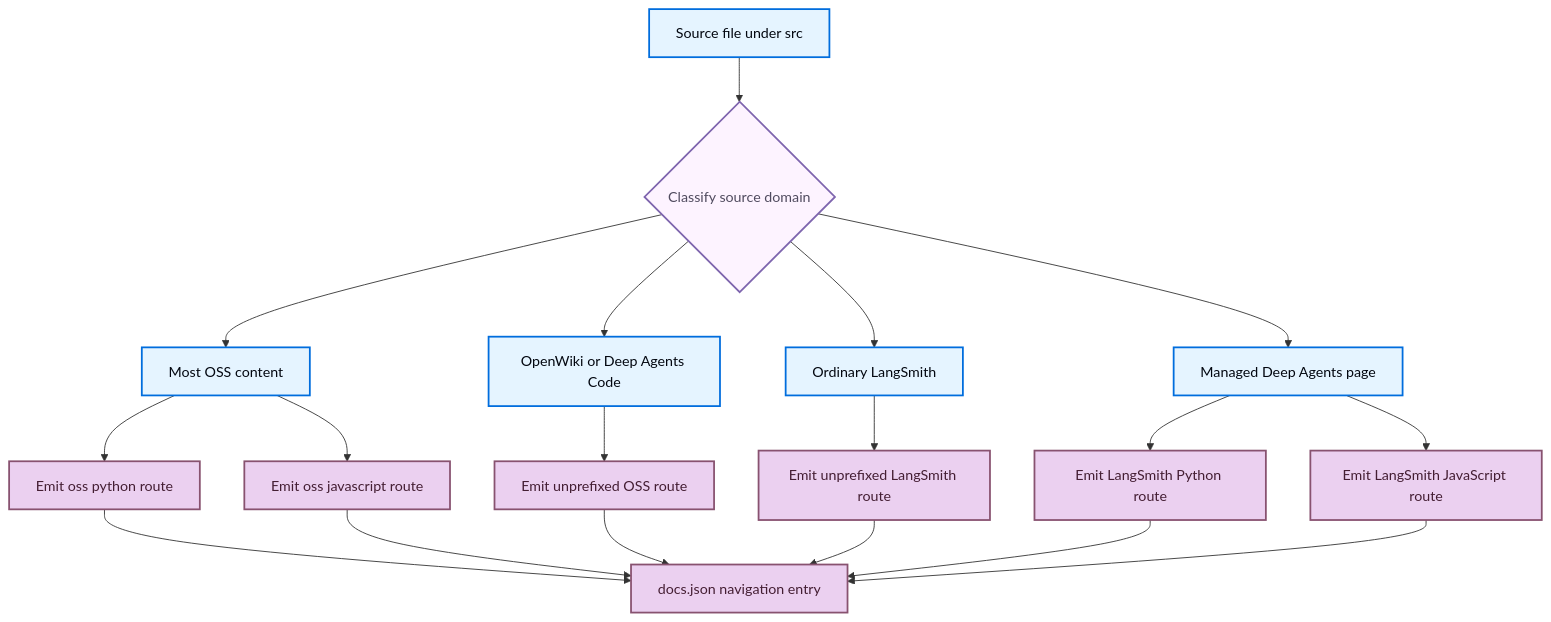
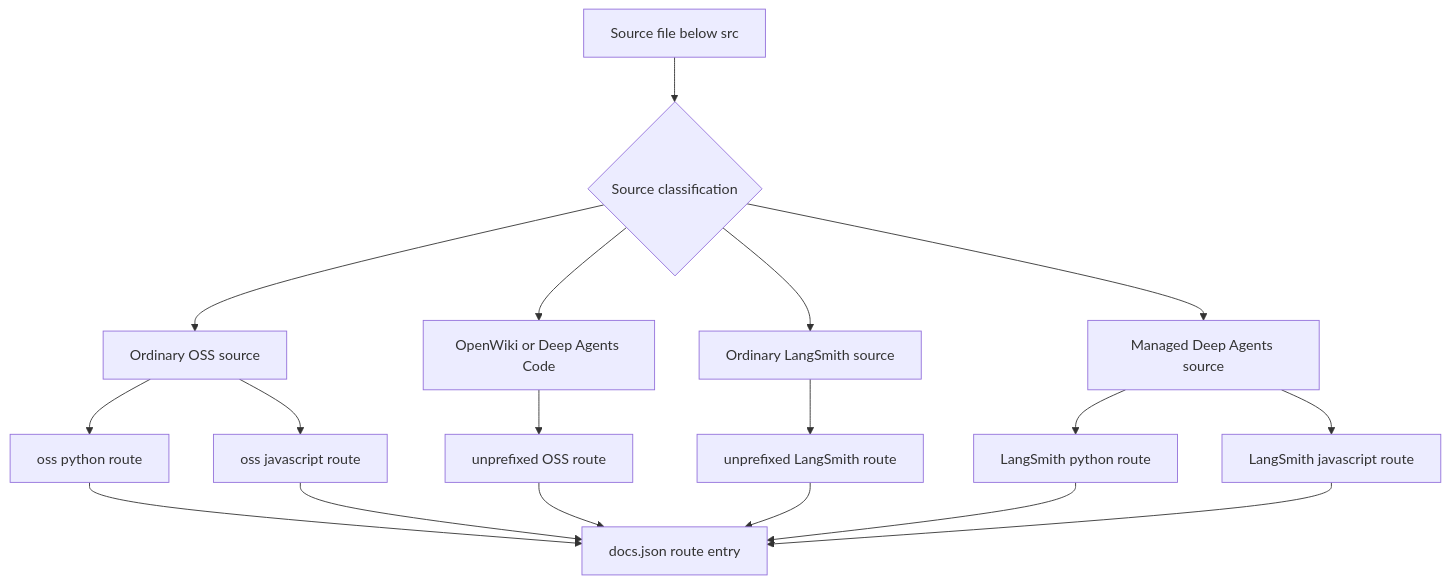
Before and after one commit to langchain-ai/docs: the first of 2 diagrams in openwiki/concepts/versioning.md, drawn with Mermaid. The commit also changed other lines of this file and 32 other files, not shown here.

````diff
--- a/openwiki/concepts/versioning.md
+++ b/openwiki/concepts/versioning.md
@@ -38,26 +38,20 @@
 ```mermaid
 flowchart TD
-    Source["Source file under src"] --> Domain{"Classify source domain"}
-    Domain --> Oss["Most OSS content"]
-    Oss --> Py["Emit oss python route"]
-    Oss --> Js["Emit oss javascript route"]
+    Source["Source file below src"] --> Domain{"Source classification"}
+    Domain --> SharedOss["Ordinary OSS source"]
+    SharedOss --> OssPy["oss python route"]
+    SharedOss --> OssJs["oss javascript route"]
     Domain --> Product["OpenWiki or Deep Agents Code"]
-    Product --> OneOss["Emit unprefixed OSS route"]
-    Domain --> Smith["Ordinary LangSmith"]
-    Smith --> OneSmith["Emit unprefixed LangSmith route"]
-    Domain --> Mda["Managed Deep Agents page"]
-    Mda --> MdaPy["Emit LangSmith Python route"]
-    Mda --> MdaJs["Emit LangSmith JavaScript route"]
-    Py --> Nav["docs.json navigation entry"]
-    Js --> Nav
+    Product --> OneOss["unprefixed OSS route"]
+    Domain --> LangSmith["Ordinary LangSmith source"]
+    LangSmith --> OneSmith["unprefixed LangSmith route"]
+    Domain --> Managed["Managed Deep Agents source"]
+    Managed --> ManagedPy["LangSmith python route"]
+    Managed --> ManagedJs["LangSmith javascript route"]
+    OssPy --> Nav["docs.json route entry"]
+    OssJs --> Nav
     OneOss --> Nav
     OneSmith --> Nav
-    MdaPy --> Nav
-    MdaJs --> Nav
-    classDef process fill:#E5F4FF,stroke:#006DDD,stroke-width:2px,color:#030710
-    classDef decision fill:#FDF3FF,stroke:#7E65AE,stroke-width:2px,color:#504B5F
-    classDef output fill:#EBD0F0,stroke:#885270,stroke-width:2px,color:#441E33
-    class Source,Oss,Product,Smith,Mda process
-    class Domain decision
-    class Py,Js,OneOss,OneSmith,MdaPy,MdaJs,Nav output
+    ManagedPy --> Nav
+    ManagedJs --> Nav
 ```
````
